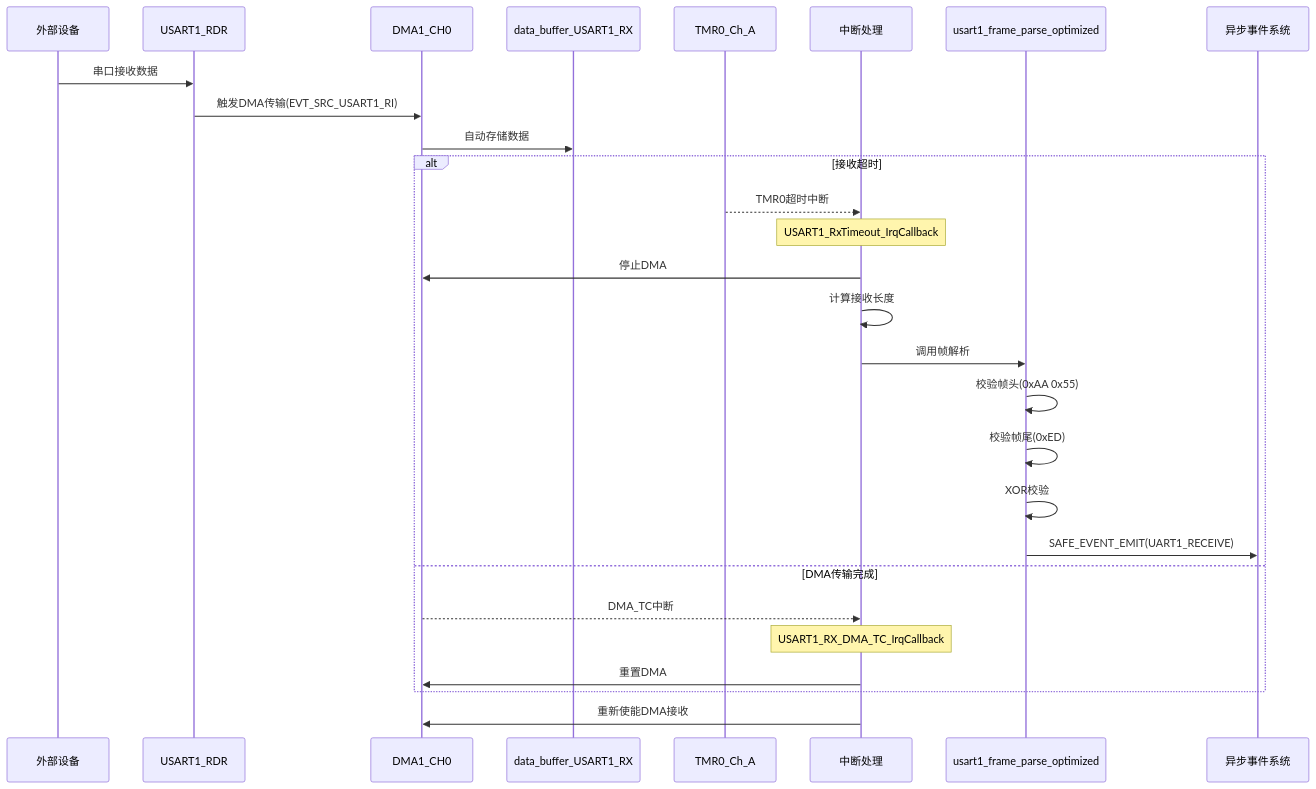
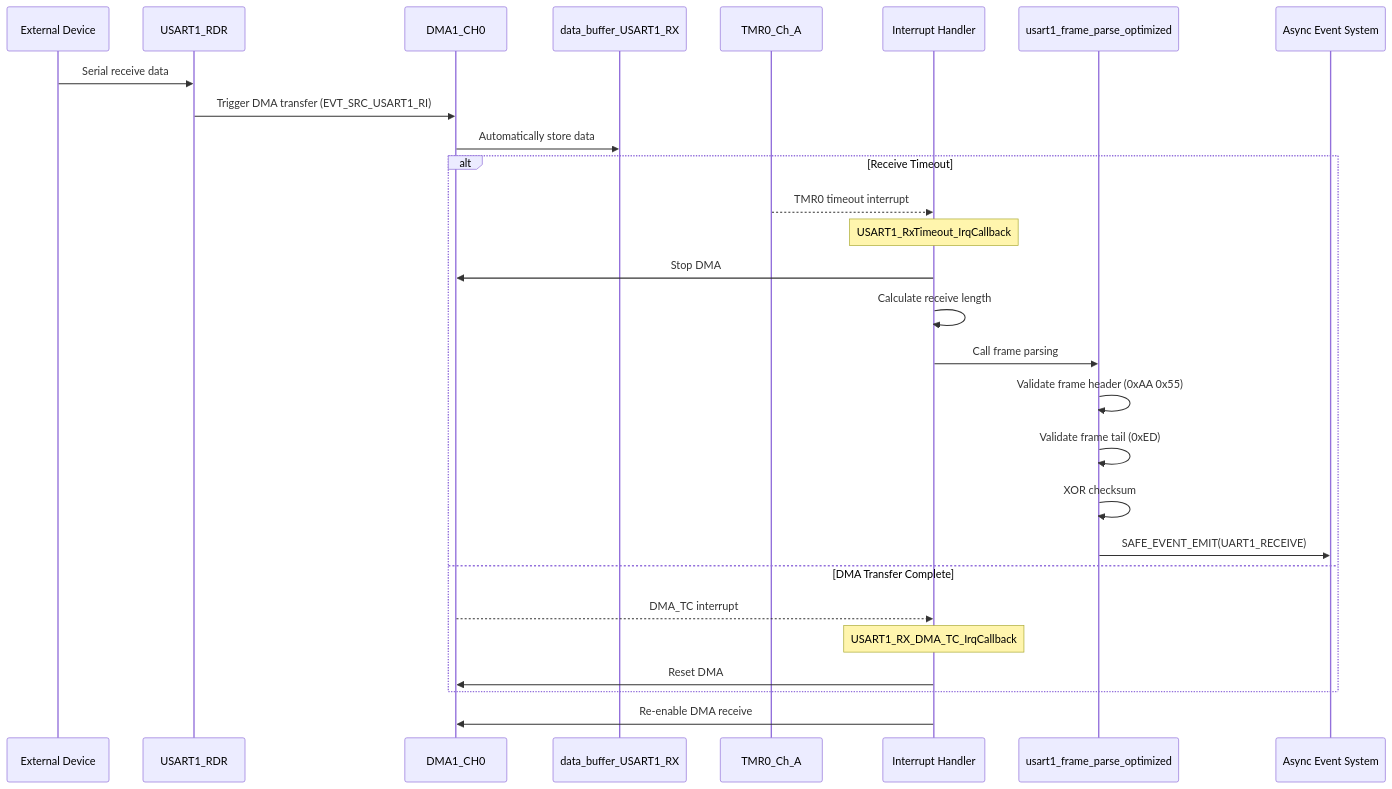
The fifth of 5 diagrams in md2visio/test/sequence.md (sleetish/md2visio-gui), drawn with Mermaid before and after one commit. The commit also changed other lines of this file and 11 other files, not shown here.

````diff
--- a/md2visio/test/sequence.md
+++ b/md2visio/test/sequence.md
@@ -89,33 +89,33 @@
 ```mermaid
 sequenceDiagram
-    participant Device as 外部设备
+    participant Device as External Device
     participant USART as USART1_RDR
     participant DMA as DMA1_CH0
     participant RX_Buf as data_buffer_USART1_RX
     participant TMR as TMR0_Ch_A
-    participant ISR as 中断处理
+    participant ISR as Interrupt Handler
     participant Parse as usart1_frame_parse_optimized
-    participant Event as 异步事件系统
+    participant Event as Async Event System
 
-    Device->>USART: 串口接收数据
-    USART->>DMA: 触发DMA传输(EVT_SRC_USART1_RI)
-    DMA->>RX_Buf: 自动存储数据
+    Device->>USART: Serial receive data
+    USART->>DMA: Trigger DMA transfer (EVT_SRC_USART1_RI)
+    DMA->>RX_Buf: Automatically store data
 
-    alt 接收超时
-        TMR-->>ISR: TMR0超时中断
+    alt Receive Timeout
+        TMR-->>ISR: TMR0 timeout interrupt
         note over ISR: USART1_RxTimeout_IrqCallback
-        ISR->>DMA: 停止DMA
-        ISR->>ISR: 计算接收长度
-        ISR->>Parse: 调用帧解析
-        Parse->>Parse: 校验帧头(0xAA 0x55)
-        Parse->>Parse: 校验帧尾(0xED)
-        Parse->>Parse: XOR校验
+        ISR->>DMA: Stop DMA
+        ISR->>ISR: Calculate receive length
+        ISR->>Parse: Call frame parsing
+        Parse->>Parse: Validate frame header (0xAA 0x55)
+        Parse->>Parse: Validate frame tail (0xED)
+        Parse->>Parse: XOR checksum
         Parse->>Event: SAFE_EVENT_EMIT(UART1_RECEIVE)
-    else DMA传输完成
-        DMA-->>ISR: DMA_TC中断
+    else DMA Transfer Complete
+        DMA-->>ISR: DMA_TC interrupt
         note over ISR: USART1_RX_DMA_TC_IrqCallback
-        ISR->>DMA: 重置DMA
+        ISR->>DMA: Reset DMA
     end
 
-    ISR->>DMA: 重新使能DMA接收
+    ISR->>DMA: Re-enable DMA receive
 ```
````
